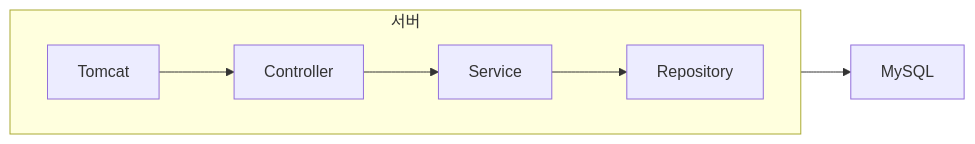
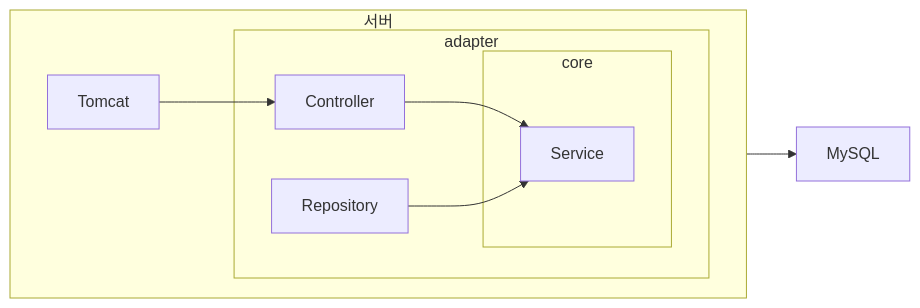
One commit to gaaon/fastcampus-test-inventory changed the second of 2 diagrams in docs/techspec/재고서비스_techspec_v1.md. Above: the diagram before and after it, drawn with Mermaid. The commit also changed 16 other files, not shown here.

````diff
--- a/docs/techspec/재고서비스_techspec_v1.md
+++ b/docs/techspec/재고서비스_techspec_v1.md
@@ -30,11 +30,20 @@
 ```mermaid
   flowchart LR
     subgraph 서버
       direction LR
       Tomcat --> Controller
       Controller --> Service
-      Service --> Repository
+      Repository --> Service
+      
+      subgraph adapter 
+          Controller
+          Repository
+          
+          subgraph core 
+              Service
+          end
+      end
     end
 
     Repository --> MySQL
 ```
````
